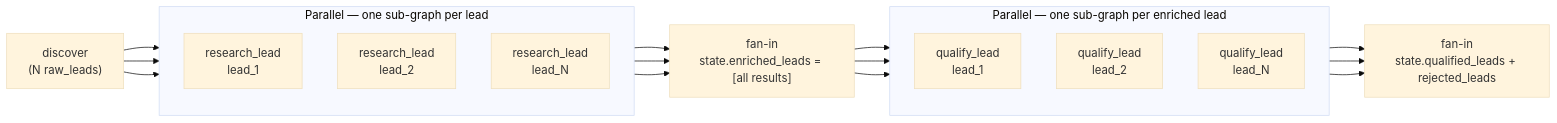
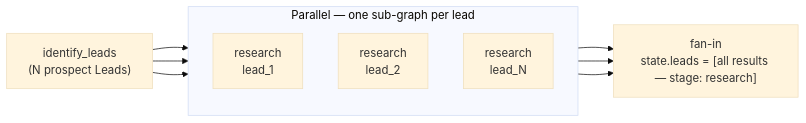
One commit to smallTechOrg/sales-agent changed the second of 3 diagrams in spec/product/10-agent-graph.md. Above: the diagram before and after it, drawn with Mermaid (base theme). The commit also changed other lines of this file and 49 other files, not shown here.

````diff
--- a/spec/product/10-agent-graph.md
+++ b/spec/product/10-agent-graph.md
@@ -244,22 +241,13 @@
 ```mermaid
 flowchart LR
-    DISC["discover\n(N raw_leads)"]
+    ID["identify_leads\n(N prospect Leads)"]
     subgraph par1 ["Parallel — one sub-graph per lead"]
         direction TB
-        RL1["research_lead\nlead_1"]
-        RL2["research_lead\nlead_2"]
-        RLN["research_lead\nlead_N"]
+        RS1["research\nlead_1"]
+        RS2["research\nlead_2"]
+        RSN["research\nlead_N"]
     end
-    FI1["fan-in\nstate.enriched_leads = [all results]"]
+    FI1["fan-in\nstate.leads = [all results — stage: research]"]
 
-    subgraph par2 ["Parallel — one sub-graph per enriched lead"]
-        direction TB
-        QL1["qualify_lead\nlead_1"]
-        QL2["qualify_lead\nlead_2"]
-        QLN["qualify_lead\nlead_N"]
-    end
-    FI2["fan-in\nstate.qualified_leads + rejected_leads"]
-
-    DISC --> RL1 & RL2 & RLN --> FI1
-    FI1  --> QL1 & QL2 & QLN --> FI2
+    ID --> RS1 & RS2 & RSN --> FI1
 ```
````
